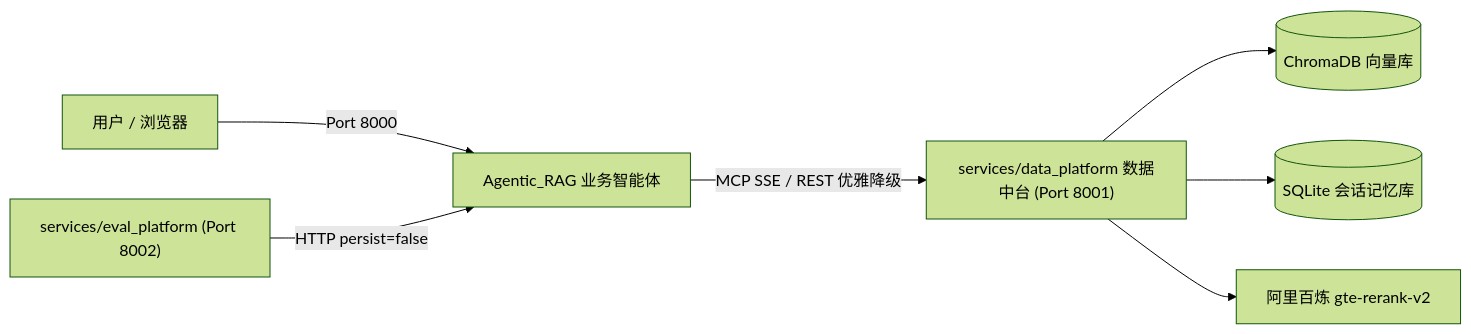
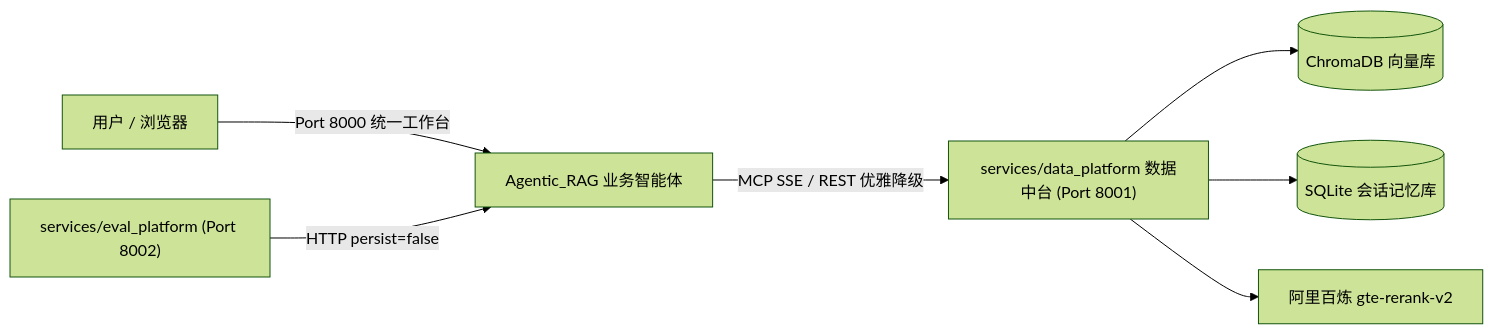
The diagram in README.md (Stellar851/Agentic_RAG), drawn with Mermaid (forest theme) before and after one commit. The commit also changed other lines of this file and 71 other files, not shown here.

````diff
--- a/README.md
+++ b/README.md
@@ -17,9 +17,9 @@
 ```mermaid
 flowchart LR
-    USER["用户 / 浏览器"] -->|Port 8000| AGENT["Agentic_RAG 业务智能体"]
+    USER["用户 / 浏览器"] -->|Port 8000 统一工作台| AGENT["Agentic_RAG 业务智能体"]
     EVAL["services/eval_platform (Port 8002)"] -->|HTTP persist=false| AGENT
     AGENT -->|MCP SSE / REST 优雅降级| DATA["services/data_platform 数据中台 (Port 8001)"]
     DATA --> CHROMA[("ChromaDB 向量库")]
     DATA --> SQLITE[("SQLite 会话记忆库")]
     DATA --> RERANK["阿里百炼 gte-rerank-v2"]
 ```
````
